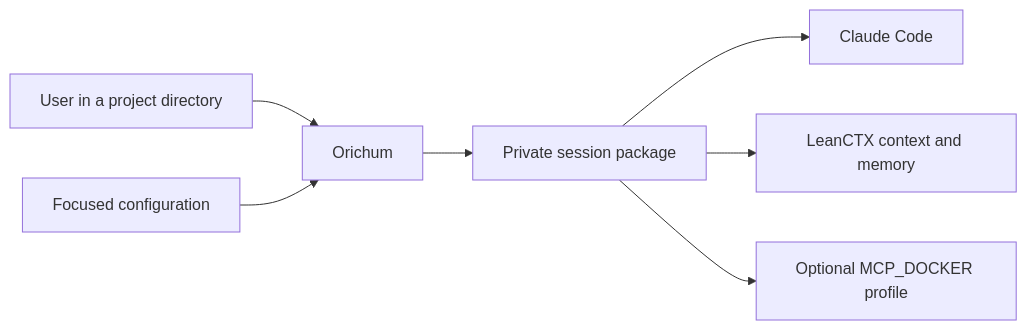
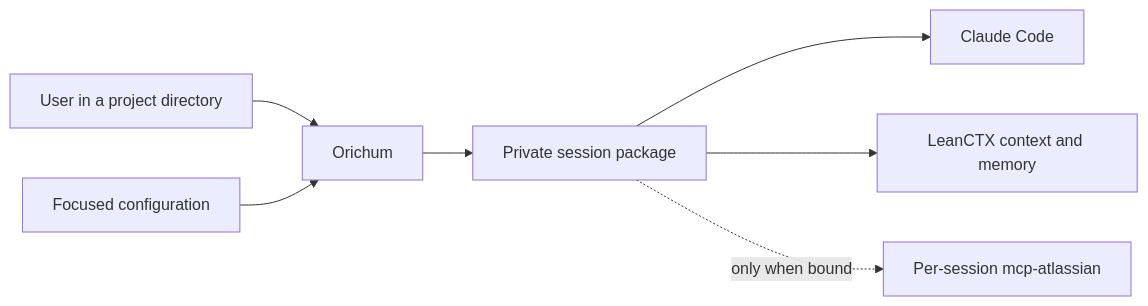
The second of 4 diagrams in docs/architecture.md (orichum/claudex-workflow), drawn with Mermaid before and after one commit. The commit also changed other lines of this file and 41 other files, not shown here.

````diff
--- a/docs/architecture.md
+++ b/docs/architecture.md
@@ -26,9 +26,9 @@
 ```mermaid
 flowchart LR
     U["User in a project directory"] --> O["Orichum"]
     C["Focused configuration"] --> O
     O --> S["Private session package"]
     S --> CC["Claude Code"]
     S --> L["LeanCTX context and memory"]
-    S --> D["Optional MCP_DOCKER profile"]
+    S -. "only when bound" .-> D["Per-session mcp-atlassian"]
 ```
````
